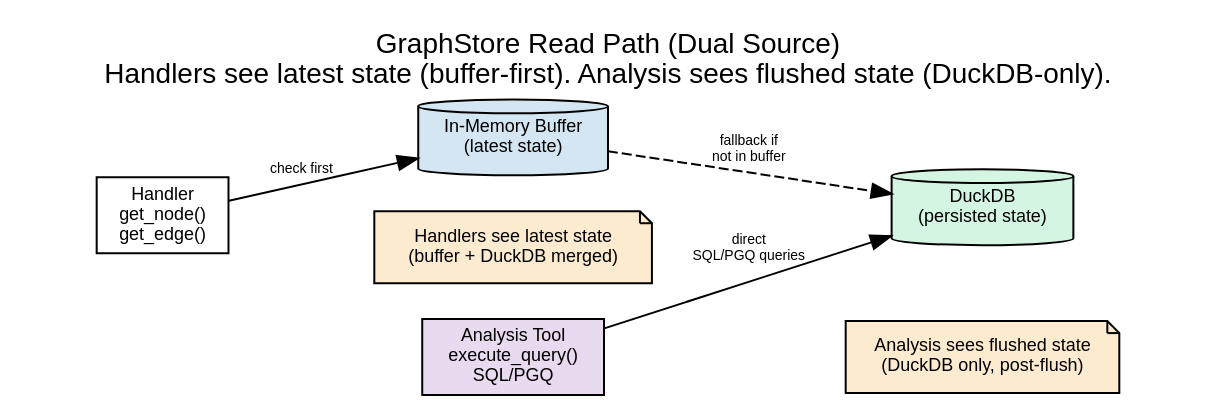
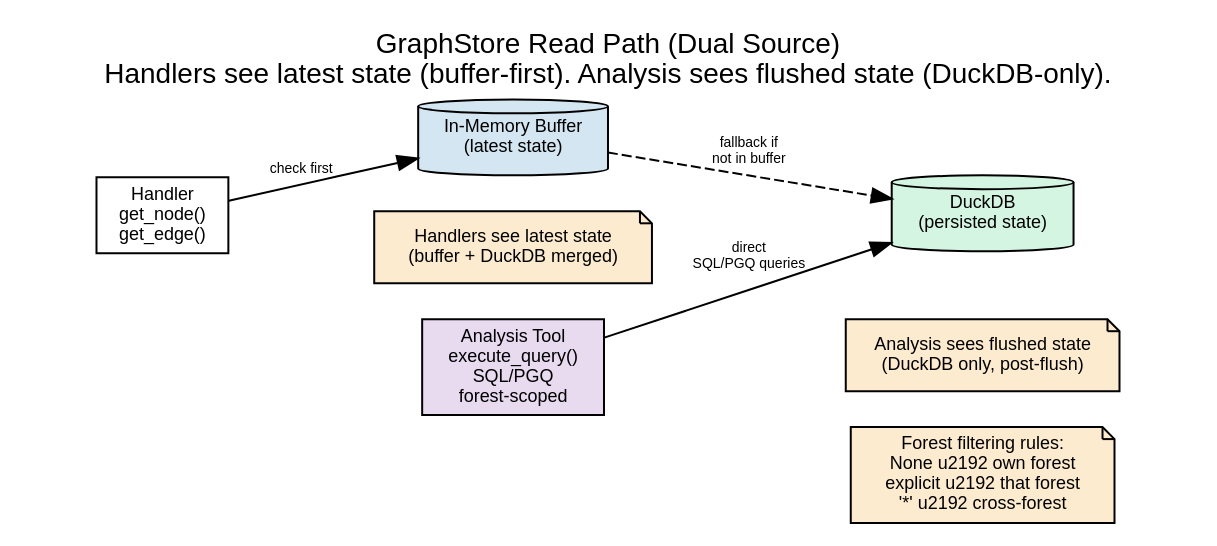
Before and after one commit to microsoft/amplifier-bundle-context-intelligence: the diagram in context/read-path.dot, drawn with Graphviz. The commit also changed 23 other files, not shown here.

First line of the commit message:
feat: forest-aware graph storage (#1)

```diff
--- a/context/read-path.dot
+++ b/context/read-path.dot
@@ -1,37 +1,41 @@
 digraph read_path {
     rankdir=LR;
     label="GraphStore Read Path (Dual Source)\nHandlers see latest state (buffer-first). Analysis sees flushed state (DuckDB-only).";
     labelloc=t;
     fontsize=14;
     fontname="Helvetica";
     node [fontname="Helvetica", fontsize=9];
     edge [fontname="Helvetica", fontsize=7];
 
     // Callers
     handler_read [label="Handler\nget_node()\nget_edge()"
                   shape=box];
-    analysis [label="Analysis Tool\nexecute_query()\nSQL/PGQ"
+    analysis [label="Analysis Tool\nexecute_query()\nSQL/PGQ\nforest-scoped"
               shape=box style=filled fillcolor="#E8DAEF"];
 
     // Stores
     buffer [label="In-Memory Buffer\n(latest state)"
             shape=cylinder style=filled fillcolor="#D4E6F1"];
     duckdb [label="DuckDB\n(persisted state)"
             shape=cylinder style=filled fillcolor="#D5F5E3"];
 
     // Read paths
     handler_read -> buffer [label="check first"];
     buffer -> duckdb [label="fallback if\nnot in buffer"
                       style=dashed];
 
     analysis -> duckdb [label="direct\nSQL/PGQ queries"];
 
     // Notes
     note_handler [label="Handlers see latest state\n(buffer + DuckDB merged)"
                   shape=note style=filled fillcolor="#FDEBD0"];
     note_analysis [label="Analysis sees flushed state\n(DuckDB only, post-flush)"
                    shape=note style=filled fillcolor="#FDEBD0"];
 
+    note_forest [label="Forest filtering rules:\nNone \u2192 own forest\nexplicit \u2192 that forest\n'*' \u2192 cross-forest"
+                 shape=note style=filled fillcolor="#FDEBD0"];
+
     handler_read -> note_handler [style=invis];
     analysis -> note_analysis [style=invis];
+    analysis -> note_forest [style=invis];
 }
```
